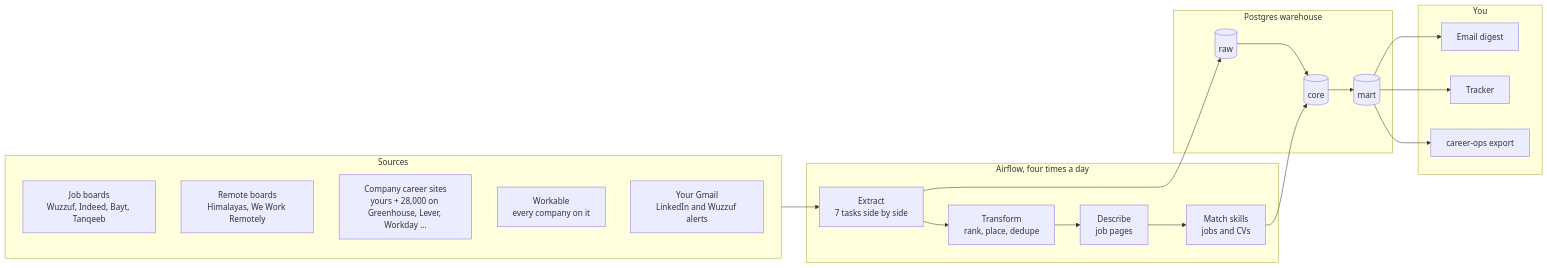
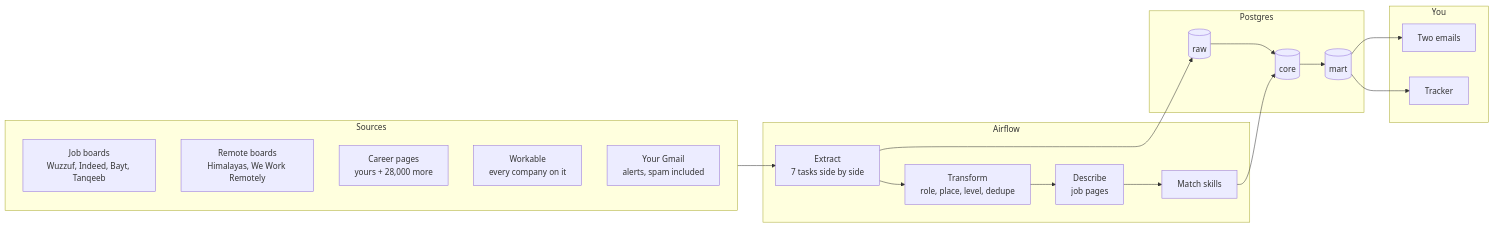
One commit to omarshalabyy1/job-radar changed the diagram in README.md. Above: the diagram before and after it, drawn with Mermaid. The commit also changed other lines of this file and 8 other files, not shown here.

````diff
--- a/README.md
+++ b/README.md
@@ -12,25 +118,23 @@
 ```mermaid
 flowchart LR
     subgraph S[Sources]
         B[Job boards<br/>Wuzzuf, Indeed, Bayt, Tanqeeb]
         R[Remote boards<br/>Himalayas, We Work Remotely]
-        C[Company career sites<br/>yours + 28,000 on Greenhouse, Lever, Workday ...]
+        C[Career pages<br/>yours + 28,000 more]
         W[Workable<br/>every company on it]
-        G[Your Gmail<br/>LinkedIn and Wuzzuf alerts]
+        G[Your Gmail<br/>alerts, spam included]
     end
-    subgraph A[Airflow, four times a day]
-        E[Extract<br/>7 tasks side by side] --> T[Transform<br/>rank, place, dedupe] --> D[Describe<br/>job pages] --> M[Match skills<br/>jobs and CVs]
+    subgraph A[Airflow]
+        E[Extract<br/>7 tasks side by side] --> T[Transform<br/>role, place, level, dedupe] --> D[Describe<br/>job pages] --> M[Match skills]
     end
-    subgraph P[Postgres warehouse]
+    subgraph P[Postgres]
         RAW[(raw)] --> CORE[(core)] --> MART[(mart)]
     end
     subgraph Y[You]
-        EM[Email digest]
+        EM[Two emails]
         TR[Tracker]
-        CO[career-ops export]
     end
-    S --> E
-    E --> RAW
+    S --> E --> RAW
     M --> CORE
-    MART --> EM & TR & CO
+    MART --> EM & TR
 ```
````
